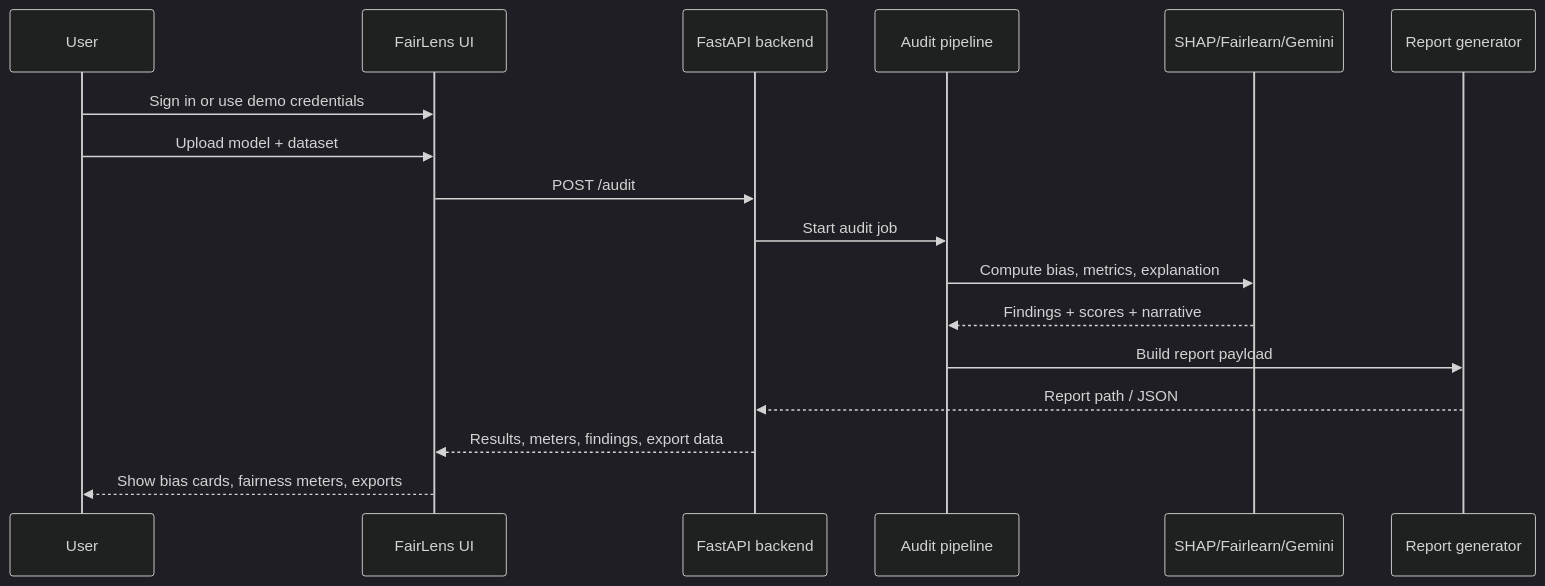
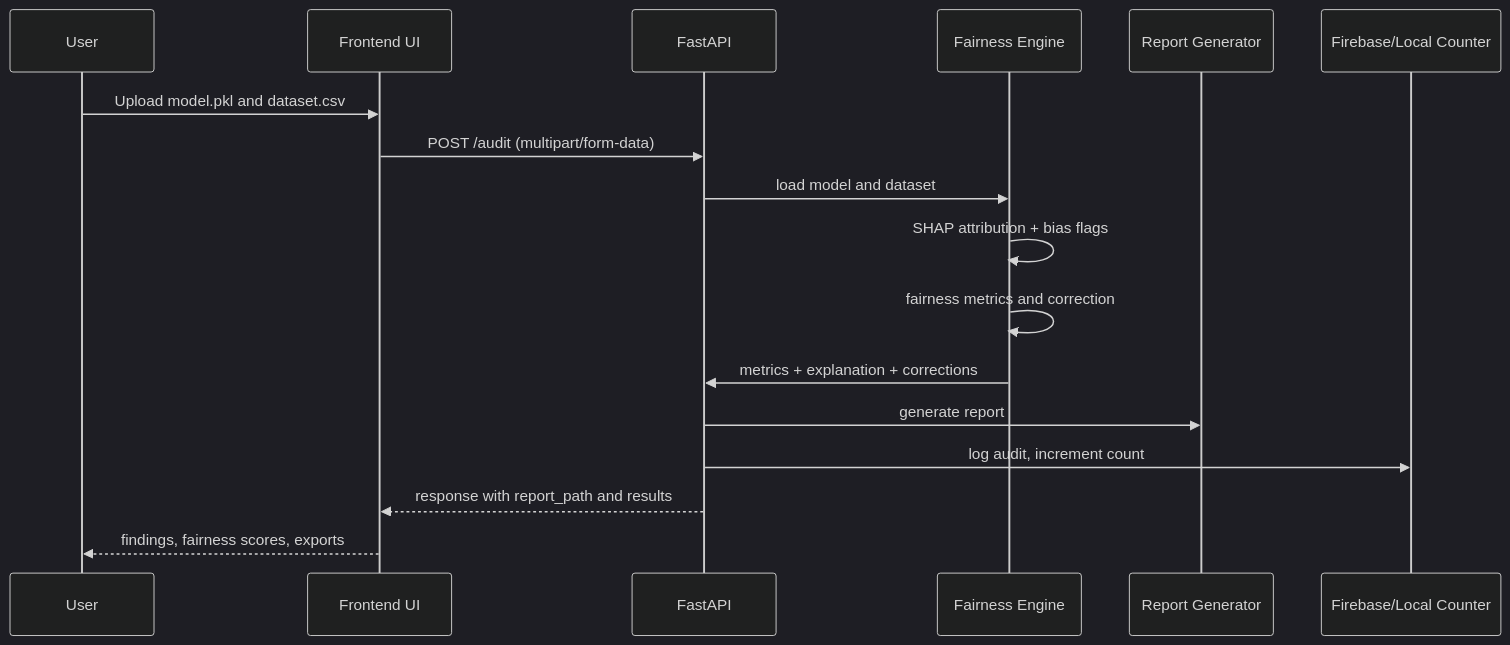
The third of 3 diagrams in README.md (Yashaswini-V21/FairLens_India), drawn with Mermaid (dark theme) before and after one commit. The commit also changed other lines of this file and 7 other files, not shown here.

````diff
--- a/README.md
+++ b/README.md
@@ -449,20 +109,20 @@
 ```mermaid
 sequenceDiagram
   participant User
-  participant UI as FairLens UI
-  participant API as FastAPI backend
-  participant Audit as Audit pipeline
-  participant ML as SHAP/Fairlearn/Gemini
-  participant Report as Report generator
+  participant UI as Frontend UI
+  participant API as FastAPI
+  participant Engine as Fairness Engine
+  participant PDF as Report Generator
+  participant Store as Firebase/Local Counter
 
-  User->>UI: Sign in or use demo credentials
-  User->>UI: Upload model + dataset
-  UI->>API: POST /audit
-  API->>Audit: Start audit job
-  Audit->>ML: Compute bias, metrics, explanation
-  ML-->>Audit: Findings + scores + narrative
-  Audit->>Report: Build report payload
-  Report-->>API: Report path / JSON
-  API-->>UI: Results, meters, findings, export data
-  UI-->>User: Show bias cards, fairness meters, exports
+  User->>UI: Upload model.pkl and dataset.csv
+  UI->>API: POST /audit (multipart/form-data)
+  API->>Engine: load model and dataset
+  Engine->>Engine: SHAP attribution + bias flags
+  Engine->>Engine: fairness metrics and correction
+  Engine->>API: metrics + explanation + corrections
+  API->>PDF: generate report
+  API->>Store: log audit, increment count
+  API-->>UI: response with report_path and results
+  UI-->>User: findings, fairness scores, exports
 ```
````
